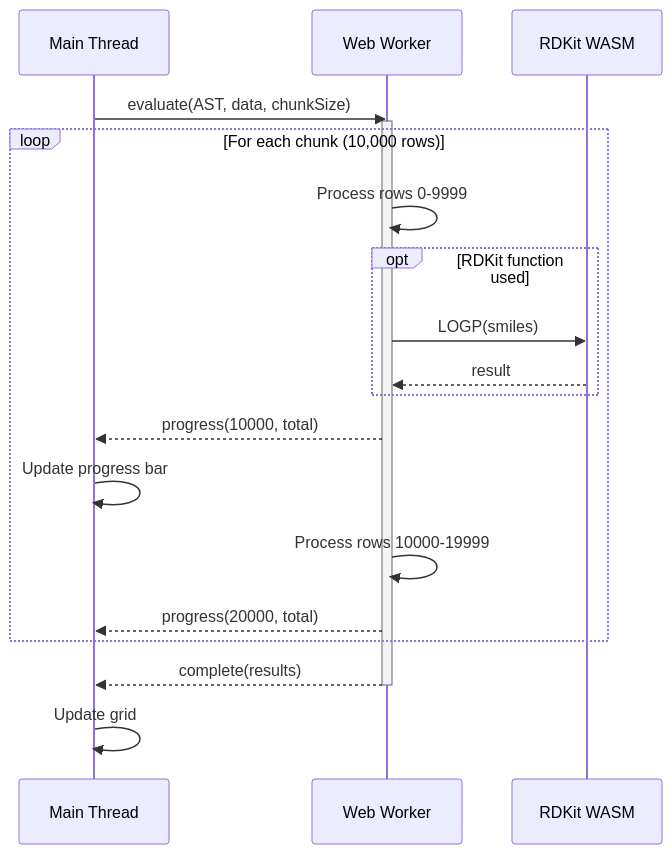
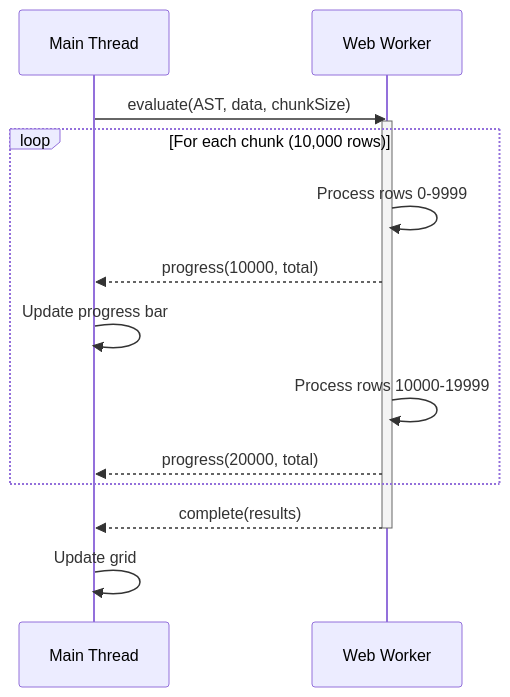
One commit to tangentlin/formulaq changed diagram 17 of 26 in docs/spec.md. Above: the diagram before and after it, drawn with Mermaid. The commit also changed other lines of this file and 2 other files, not shown here.

````diff
--- a/docs/spec.md
+++ b/docs/spec.md
@@ -1905,28 +1862,22 @@
 ```mermaid
 sequenceDiagram
     participant Main as Main Thread
     participant Worker as Web Worker
-    participant RDKit as RDKit WASM
-    
+
     Main->>Worker: evaluate(AST, data, chunkSize)
     activate Worker
-    
+
     loop For each chunk (10,000 rows)
         Worker->>Worker: Process rows 0-9999
-        
-        opt RDKit function used
-            Worker->>RDKit: LOGP(smiles)
-            RDKit-->>Worker: result
-        end
-        
+
         Worker-->>Main: progress(10000, total)
         Main->>Main: Update progress bar
-        
+
         Worker->>Worker: Process rows 10000-19999
         Worker-->>Main: progress(20000, total)
     end
-    
+
     Worker-->>Main: complete(results)
     deactivate Worker
     Main->>Main: Update grid
 ```
````
